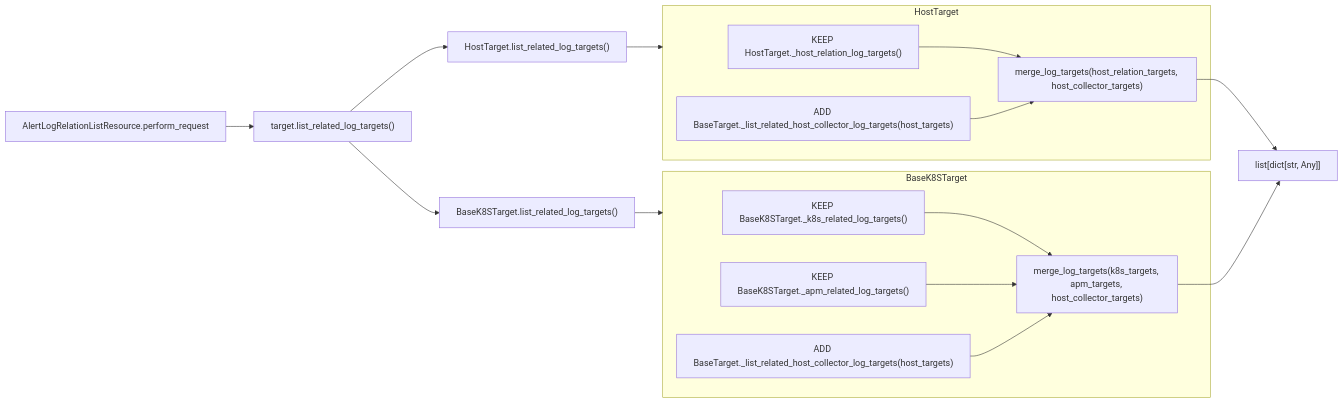
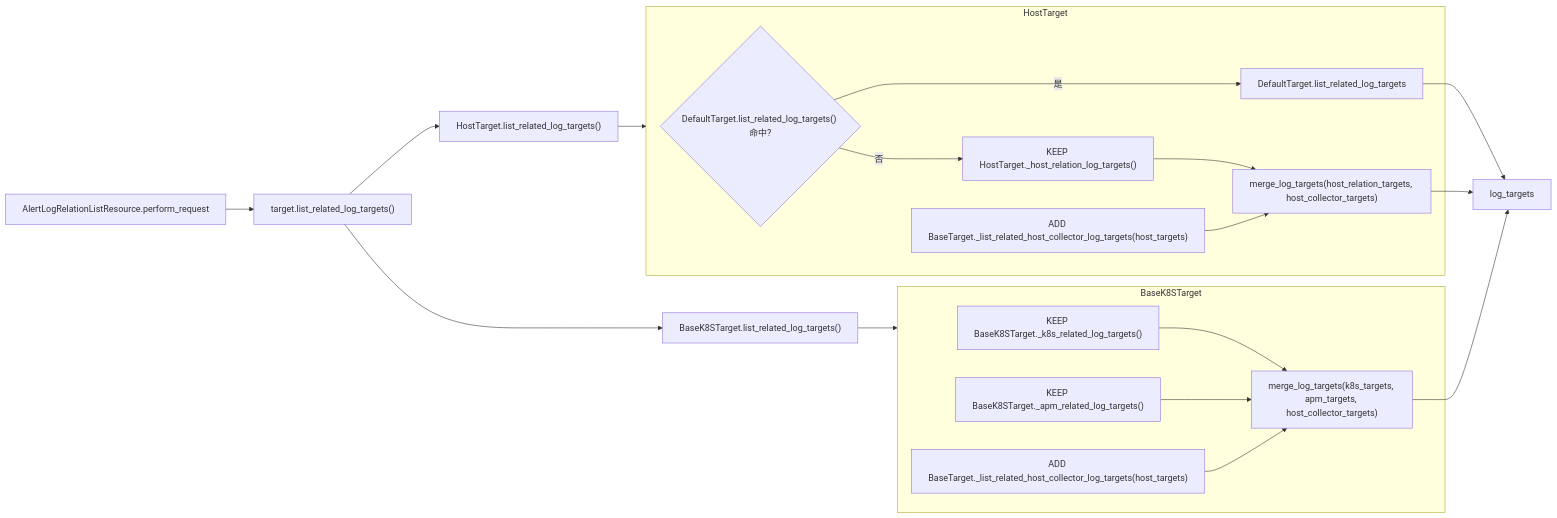
One commit to ZhuoZhuoCrayon/ai-workspace changed the diagram in knowledge/bkmonitor/issues/2026-04-15-alert-detail-host-collector-log-relation/PLAN.md. Above: the diagram before and after it, drawn with Mermaid. The commit also changed other lines of this file and 4 other files, not shown here.

Commit message:
docs(knowledge): update alert host log relation plan

````diff
--- a/knowledge/bkmonitor/issues/2026-04-15-alert-detail-host-collector-log-relation/PLAN.md
+++ b/knowledge/bkmonitor/issues/2026-04-15-alert-detail-host-collector-log-relation/PLAN.md
@@ -38,30 +51,35 @@
 ```mermaid
 flowchart LR
     A["AlertLogRelationListResource.perform_request"] --> B["target.list_related_log_targets()"]
 
     B --> H["HostTarget.list_related_log_targets()"]
     B --> K["BaseK8STarget.list_related_log_targets()"]
 
     subgraph HostTargetPlan["HostTarget"]
-        H1["KEEP HostTarget._host_relation_log_targets()"]
-        H2["ADD BaseTarget._list_related_host_collector_log_targets(host_targets)"]
-        H3["merge_log_targets(host_relation_targets, host_collector_targets)"]
-        H1 --> H3
-        H2 --> H3
+        H1{"DefaultTarget.list_related_log_targets() 命中?"}
+        H2["DefaultTarget.list_related_log_targets"]
+        H3["KEEP HostTarget._host_relation_log_targets()"]
+        H4["ADD BaseTarget._list_related_host_collector_log_targets(host_targets)"]
+        H5["merge_log_targets(host_relation_targets, host_collector_targets)"]
+        H1 -- "是" --> H2
+        H1 -- "否" --> H3
+        H3 --> H5
+        H4 --> H5
     end
 
     subgraph K8STargetPlan["BaseK8STarget"]
         K1["KEEP BaseK8STarget._k8s_related_log_targets()"]
         K2["KEEP BaseK8STarget._apm_related_log_targets()"]
         K3["ADD BaseTarget._list_related_host_collector_log_targets(host_targets)"]
         K4["merge_log_targets(k8s_targets, apm_targets, host_collector_targets)"]
         K1 --> K4
         K2 --> K4
         K3 --> K4
     end
 
     H --> HostTargetPlan
     K --> K8STargetPlan
-    H3 --> R["list[dict[str, Any]]"]
+    H2 --> R["log_targets"]
+    H5 --> R
     K4 --> R
 ```
````
